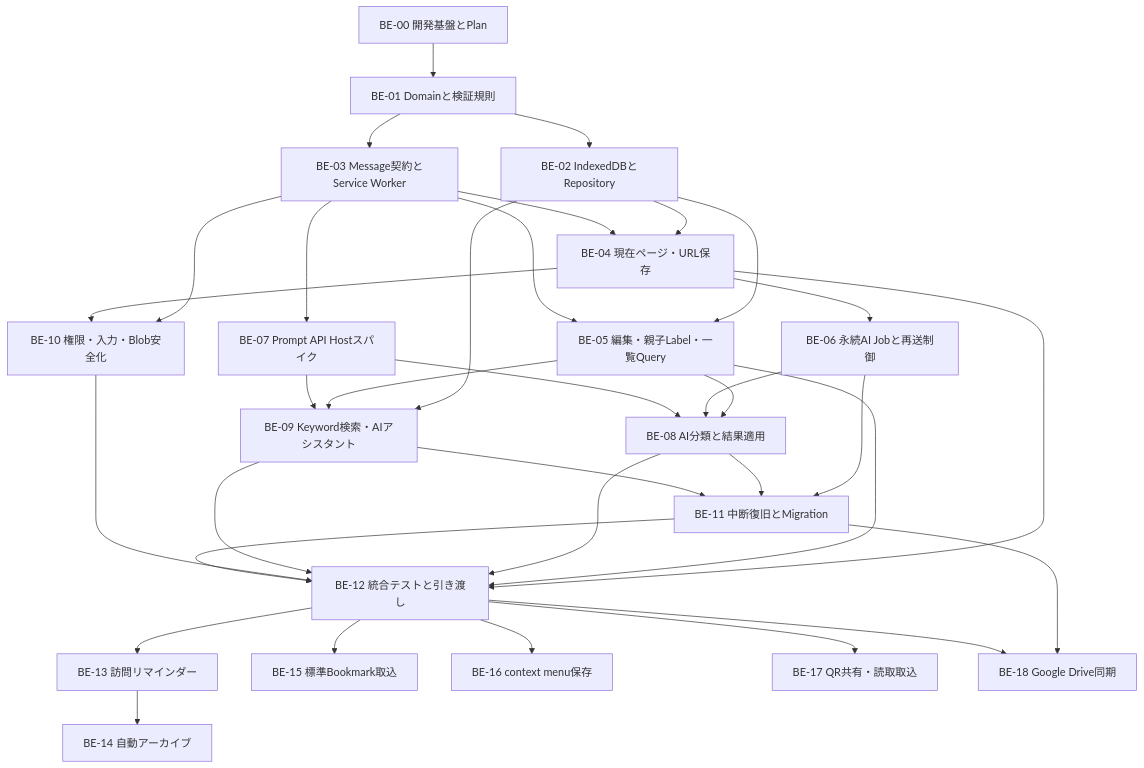
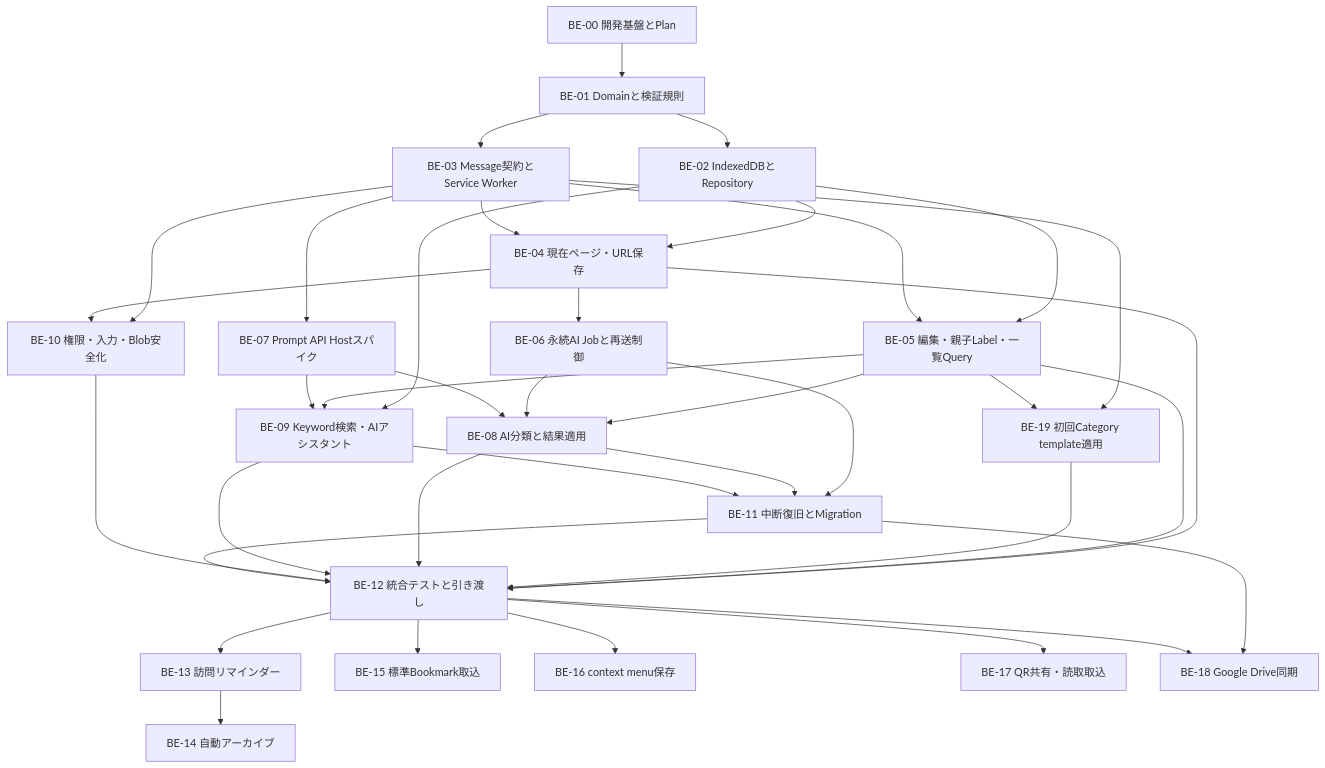
The first of 2 diagrams in BACKEND_TASKS.md (anti-fact/Bookmation), drawn with Mermaid before and after one commit. The commit also changed other lines of this file and 20 other files, not shown here.

````diff
--- a/BACKEND_TASKS.md
+++ b/BACKEND_TASKS.md
@@ -39,36 +40,39 @@
 ```mermaid
 flowchart TD
     BE00["BE-00 開発基盤とPlan"] --> BE01["BE-01 Domainと検証規則"]
     BE01 --> BE02["BE-02 IndexedDBとRepository"]
     BE01 --> BE03["BE-03 Message契約とService Worker"]
     BE02 --> BE04["BE-04 現在ページ・URL保存"]
     BE03 --> BE04
     BE02 --> BE05["BE-05 編集・親子Label・一覧Query"]
     BE03 --> BE05
+    BE03 --> BE19["BE-19 初回Category template適用"]
+    BE05 --> BE19
     BE04 --> BE06["BE-06 永続AI Jobと再送制御"]
     BE03 --> BE07["BE-07 Prompt API Hostスパイク"]
     BE05 --> BE08["BE-08 AI分類と結果適用"]
     BE06 --> BE08
     BE07 --> BE08
     BE02 --> BE09["BE-09 Keyword検索・AIアシスタント"]
     BE05 --> BE09
     BE07 --> BE09
     BE03 --> BE10["BE-10 権限・入力・Blob安全化"]
     BE04 --> BE10
     BE06 --> BE11["BE-11 中断復旧とMigration"]
     BE08 --> BE11
     BE09 --> BE11
     BE04 --> BE12["BE-12 統合テストと引き渡し"]
     BE05 --> BE12
+    BE19 --> BE12
     BE08 --> BE12
     BE09 --> BE12
     BE10 --> BE12
     BE11 --> BE12
     BE12 --> BE13["BE-13 訪問リマインダー"]
     BE13 --> BE14["BE-14 自動アーカイブ"]
     BE12 --> BE15["BE-15 標準Bookmark取込"]
     BE12 --> BE16["BE-16 context menu保存"]
     BE12 --> BE17["BE-17 QR共有・読取取込"]
     BE11 --> BE18["BE-18 Google Drive同期"]
     BE12 --> BE18
 ```
````
